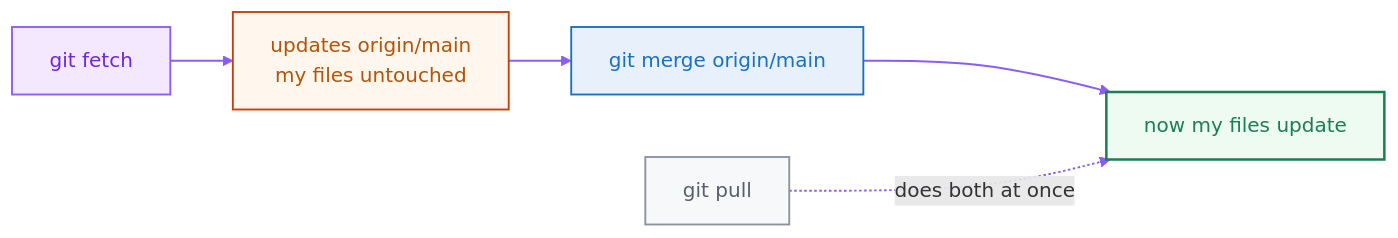
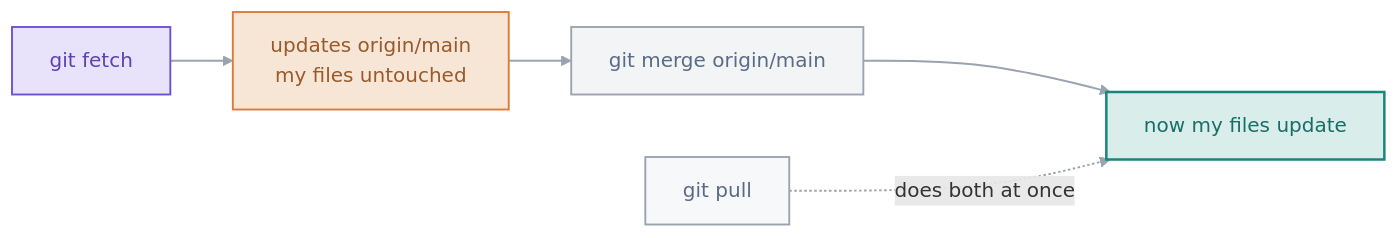
Before and after one commit to rehmanhaseeb2345-bit/Git: the diagram in 08-remotes-and-github/README.md, drawn with Mermaid. The commit also changed other lines of this file and 32 other files, not shown here.

First line of the commit message:
Restyle the whole repo: lighter personal notes + redrawn diagrams

````diff
--- a/08-remotes-and-github/README.md
+++ b/08-remotes-and-github/README.md
@@ -50,13 +36,13 @@
 ```mermaid
 flowchart LR
   F["git fetch"] --> O["updates origin/main<br/>my files untouched"]
   O --> M["git merge origin/main"]
   M --> L["now my files update"]
   P["git pull"] -. does both at once .-> L
-  style F fill:#f3e8ff,stroke:#8b5cf6,stroke-width:1.5px,color:#6d28d9
-  style O fill:#fff7ed,stroke:#c2410c,stroke-width:1.5px,color:#b45309
-  style M fill:#e7f0fb,stroke:#1971c2,stroke-width:1.5px,color:#1971c2
-  style L fill:#edfbf3,stroke:#1a7f52,stroke-width:2px,color:#1a7f52
-  style P fill:#f6f8fa,stroke:#8a93a0,stroke-width:1.5px,color:#57606a
-  linkStyle default stroke:#8b5cf6,stroke-width:1.5px
+  style F fill:#E8E2FB,stroke:#6B4FD8,stroke-width:1.5px,color:#5B43B0
+  style O fill:#F7E6D6,stroke:#DD7A38,stroke-width:1.5px,color:#9A5A2B
+  style M fill:#F3F4F6,stroke:#9AA3AF,stroke-width:1.5px,color:#5A6B85
+  style L fill:#D9EEEB,stroke:#19857C,stroke-width:2px,color:#196E67
+  style P fill:#F6F8FA,stroke:#9AA3AF,stroke-width:1.5px,color:#5A6B85
+  linkStyle default stroke:#9AA3AF,stroke-width:1.5px
 ```
````
